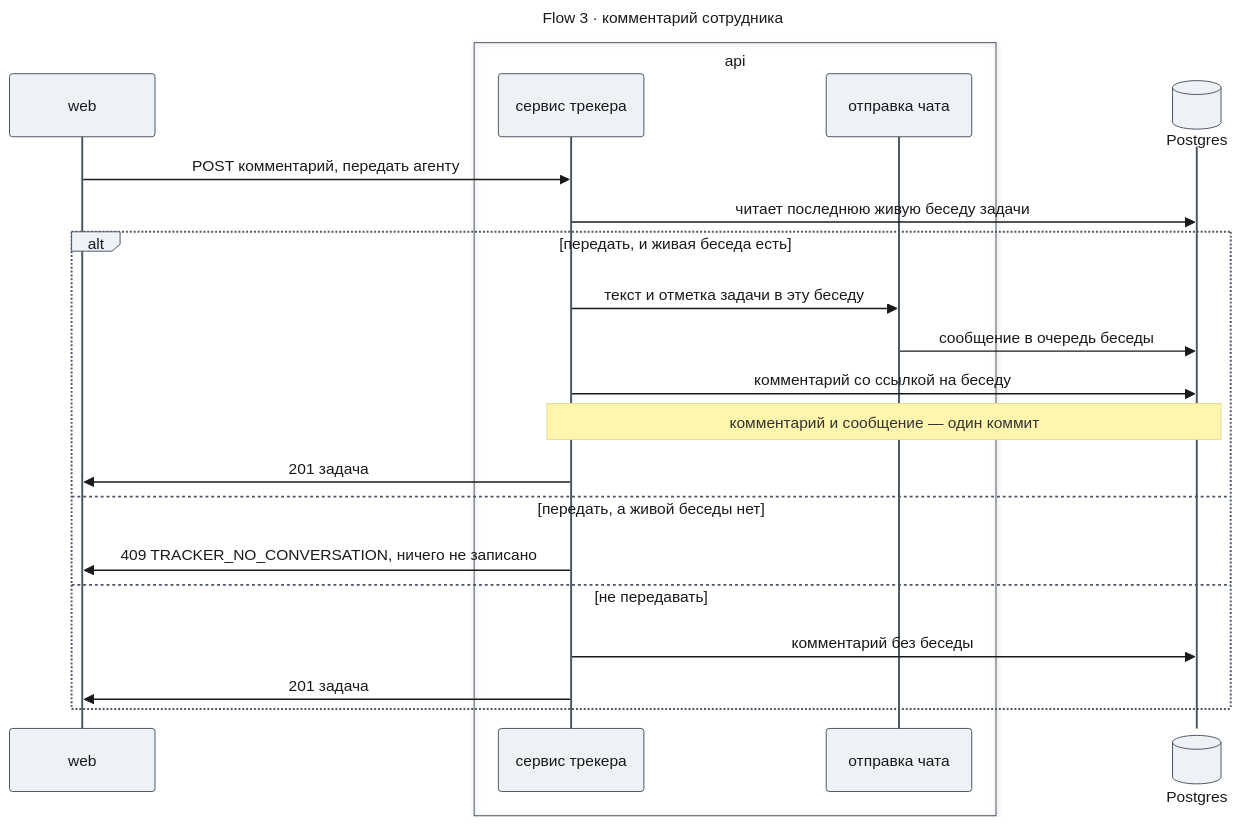
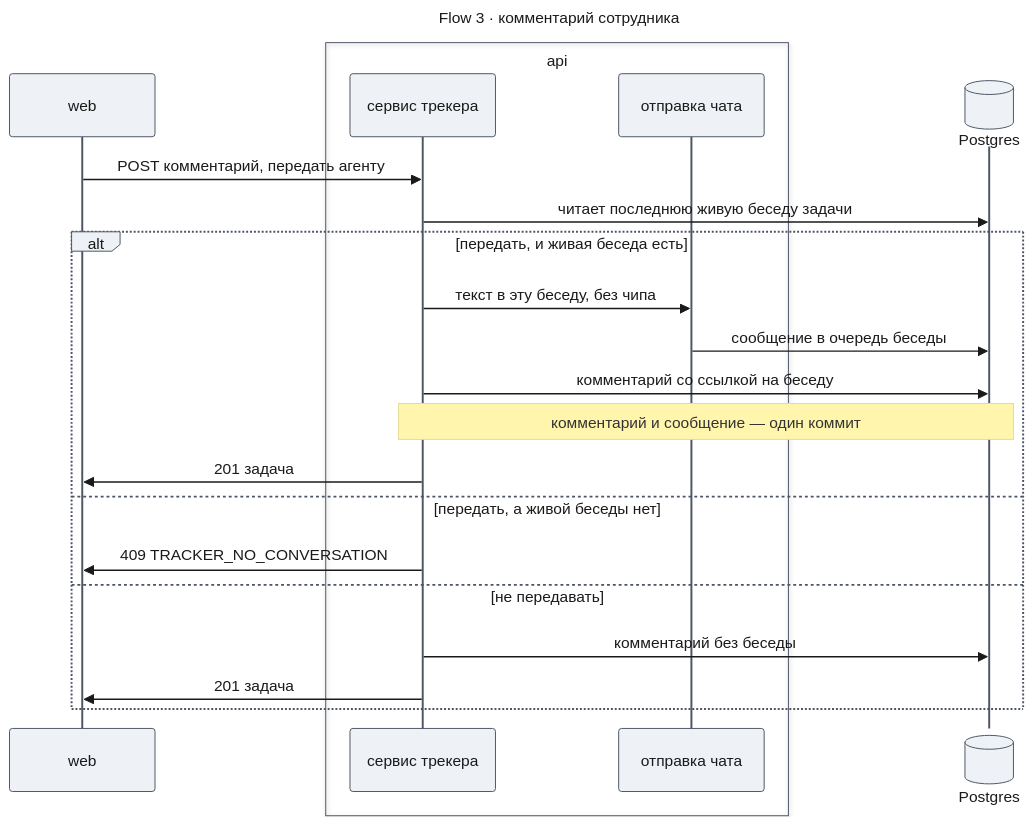
Before and after one commit to tundraray/agent-os: the seventh of 8 diagrams in docs/features/task-tracker/design-server.md, drawn with Mermaid. The commit also changed other lines of this file, not shown here.

Commit message:
docs: simplify the task tracker server design

````diff
--- a/docs/features/task-tracker/design-server.md
+++ b/docs/features/task-tracker/design-server.md
@@ -427,46 +483,46 @@
 ```mermaid
 ---
 title: "Flow 3 · комментарий сотрудника"
 config:
   theme: base
   look: classic
   themeVariables:
     primaryColor: "#eef1f5"
     primaryBorderColor: "#4b5563"
     primaryTextColor: "#1a1a1a"
     lineColor: "#6b7280"
   themeCSS: |
     @keyframes lit_tf3{0%,10%{stroke:#991b1b;stroke-width:6px}11.11%,100%{stroke:#37474f;stroke-width:2px}}
     @keyframes litr_tf3{0%,10%{stroke:#1d4ed8;stroke-width:6px}11.11%,100%{stroke:#37474f;stroke-width:2px}}
     .messageLine0[data-id='i0'],.messageLine1[data-id='i0']{animation:lit_tf3 10.8s linear 0s infinite}
     .messageLine0[data-id='i1'],.messageLine1[data-id='i1']{animation:litr_tf3 10.8s linear 1.2s infinite}
     .messageLine0[data-id='i3'],.messageLine1[data-id='i3']{animation:lit_tf3 10.8s linear 2.4s infinite}
     .messageLine0[data-id='i4'],.messageLine1[data-id='i4']{animation:lit_tf3 10.8s linear 3.6s infinite}
     .messageLine0[data-id='i5'],.messageLine1[data-id='i5']{animation:lit_tf3 10.8s linear 4.8s infinite}
     .messageLine0[data-id='i7'],.messageLine1[data-id='i7']{animation:litr_tf3 10.8s linear 6s infinite}
     .messageLine0[data-id='i9'],.messageLine1[data-id='i9']{animation:litr_tf3 10.8s linear 7.2s infinite}
     .messageLine0[data-id='i11'],.messageLine1[data-id='i11']{animation:lit_tf3 10.8s linear 8.4s infinite}
     .messageLine0[data-id='i12'],.messageLine1[data-id='i12']{animation:litr_tf3 10.8s linear 9.6s infinite}
 ---
 sequenceDiagram
     participant W as web
     box api
         participant T as сервис трекера
         participant C as отправка чата
     end
     participant DB@{ "type": "database" } as Postgres
     W->>T: POST комментарий, передать агенту
     T->>DB: читает последнюю живую беседу задачи
     alt передать, и живая беседа есть
-        T->>C: текст и отметка задачи в эту беседу
+        T->>C: текст в эту беседу, без чипа
         C->>DB: сообщение в очередь беседы
         T->>DB: комментарий со ссылкой на беседу
         Note over T,DB: комментарий и сообщение — один коммит
         T->>W: 201 задача
     else передать, а живой беседы нет
-        T->>W: 409 TRACKER_NO_CONVERSATION, ничего не записано
+        T->>W: 409 TRACKER_NO_CONVERSATION
     else не передавать
         T->>DB: комментарий без беседы
         T->>W: 201 задача
     end
 ```
````
